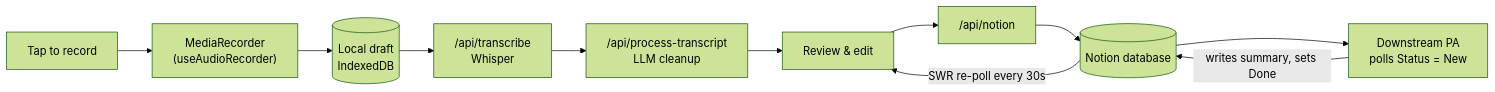
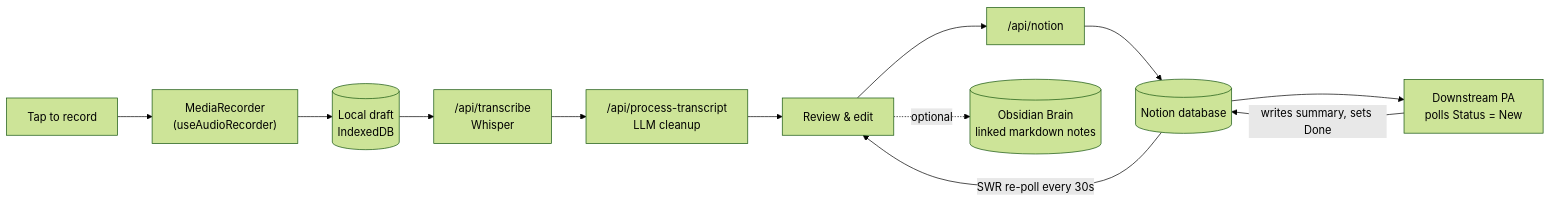
Before and after one commit to mirasolutions06/voiceflow: the diagram in README.md, drawn with Mermaid (forest theme). The commit also changed other lines of this file and 3 other files, not shown here.

First line of the commit message:
docs: Add mj and Obsidian Brain positioning

````diff
--- a/README.md
+++ b/README.md
@@ -54,13 +59,14 @@
 ```mermaid
 flowchart LR
     A["Tap to record"] --> B["MediaRecorder<br/>(useAudioRecorder)"]
     B --> C[("Local draft<br/>IndexedDB")]
     C --> D["/api/transcribe<br/>Whisper"]
     D --> E["/api/process-transcript<br/>LLM cleanup"]
     E --> F["Review &amp; edit"]
     F --> G["/api/notion"]
+    F -. optional .-> O[("Obsidian Brain<br/>linked markdown notes")]
     G --> H[("Notion database")]
     H --> I["Downstream PA<br/>polls Status = New"]
     I -->|writes summary, sets Done| H
     H -->|SWR re-poll every 30s| F
 ```
````
